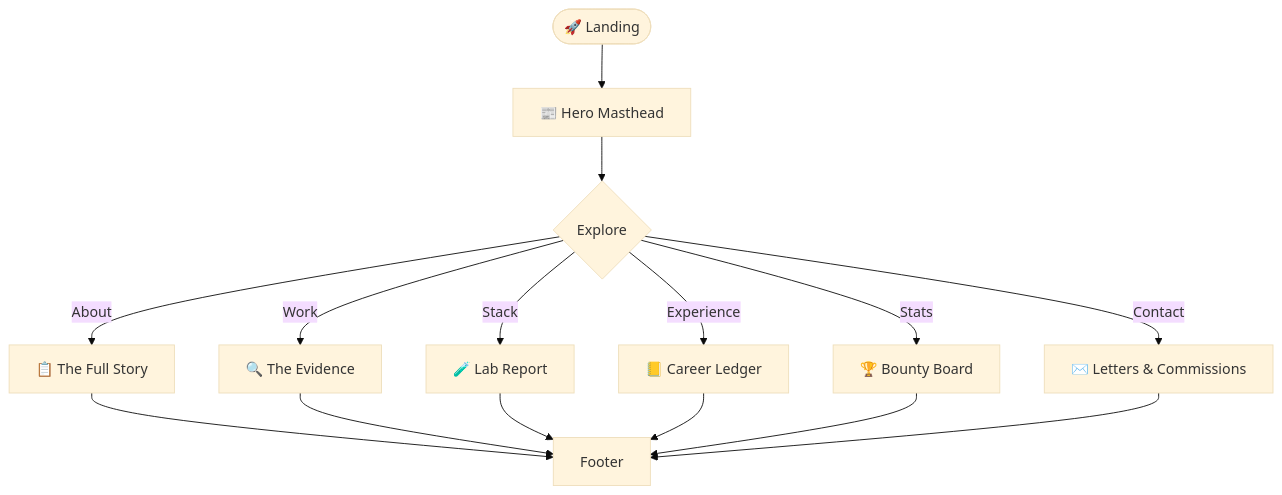
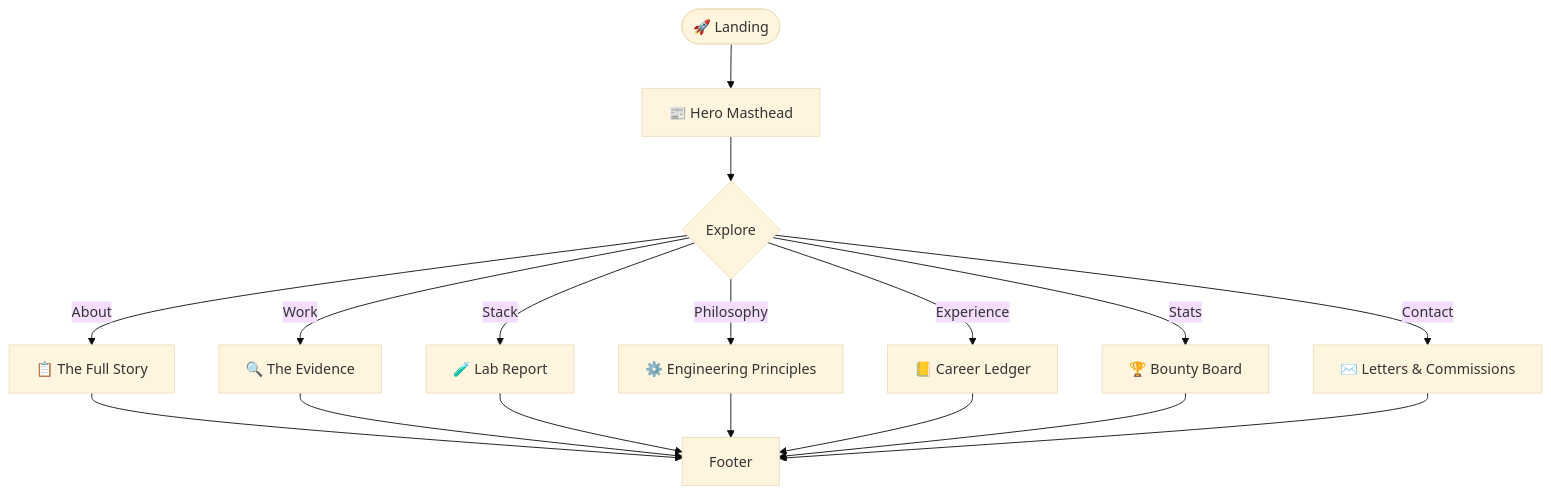
Before and after one commit to RahulScripted/Portfolio: the diagram in README.md, drawn with Mermaid (base theme). The commit also changed other lines of this file and 4 other files, not shown here.

Commit message:
feat: update philosophy section with new principles and icons; enhance layout for desktop and mobile views

````diff
--- a/README.md
+++ b/README.md
@@ -144,12 +150,13 @@
 ```mermaid
 flowchart TD
     A([🚀 Landing]) --> B["📰 Hero Masthead"]
     B --> C{Explore}
     C -->|About| D["📋 The Full Story"]
     C -->|Work| E["🔍 The Evidence"]
     C -->|Stack| F["🧪 Lab Report"]
+    C -->|Philosophy| F2["⚙️ Engineering Principles"]
     C -->|Experience| G["📒 Career Ledger"]
     C -->|Stats| H["🏆 Bounty Board"]
     C -->|Contact| I["✉️ Letters & Commissions"]
-    D & E & F & G & H & I --> J[Footer]
+    D & E & F & F2 & G & H & I --> J[Footer]
 ```
````
